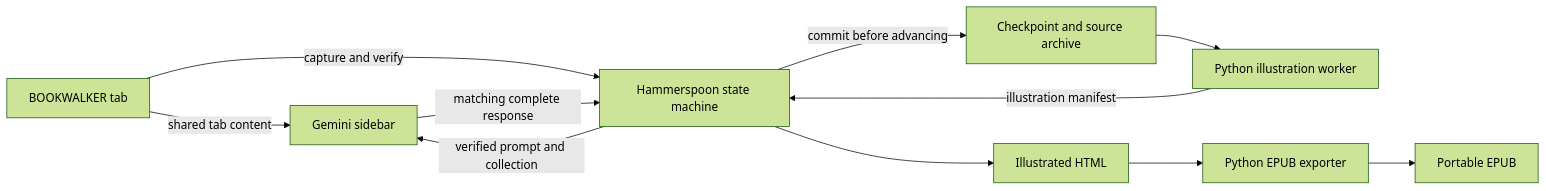
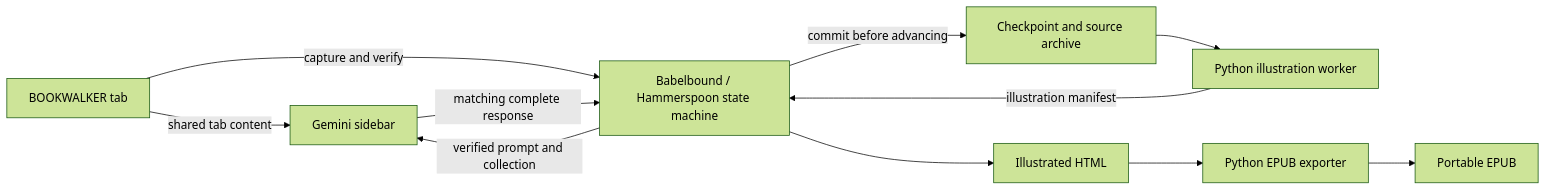
Before and after one commit to davidmwest/babelbound: the diagram in docs/design-notes.md, drawn with Mermaid (forest theme). The commit also changed other lines of this file and 16 other files, not shown here.

First line of the commit message:
Rename the project to Babelbound without migrating saved jobs

````diff
--- a/docs/design-notes.md
+++ b/docs/design-notes.md
@@ -83,13 +85,13 @@
 ```mermaid
 flowchart LR
     Book["BOOKWALKER tab"] -->|"shared tab content"| Gemini["Gemini sidebar"]
-    Book -->|"capture and verify"| BT["Hammerspoon state machine"]
-    BT -->|"verified prompt and collection"| Gemini
-    Gemini -->|"matching complete response"| BT
-    BT -->|"commit before advancing"| Saved["Checkpoint and source archive"]
+    Book -->|"capture and verify"| Babelbound["Babelbound / Hammerspoon state machine"]
+    Babelbound -->|"verified prompt and collection"| Gemini
+    Gemini -->|"matching complete response"| Babelbound
+    Babelbound -->|"commit before advancing"| Saved["Checkpoint and source archive"]
     Saved --> Artwork["Python illustration worker"]
-    Artwork -->|"illustration manifest"| BT
-    BT --> HTML["Illustrated HTML"]
+    Artwork -->|"illustration manifest"| Babelbound
+    Babelbound --> HTML["Illustrated HTML"]
     HTML --> Export["Python EPUB exporter"]
     Export --> Output["Portable EPUB"]
 ```
````
